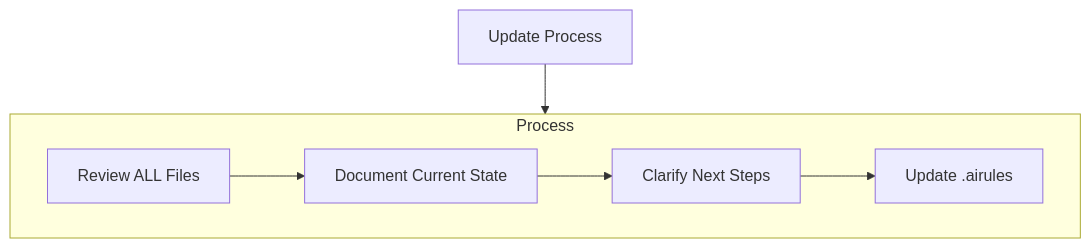
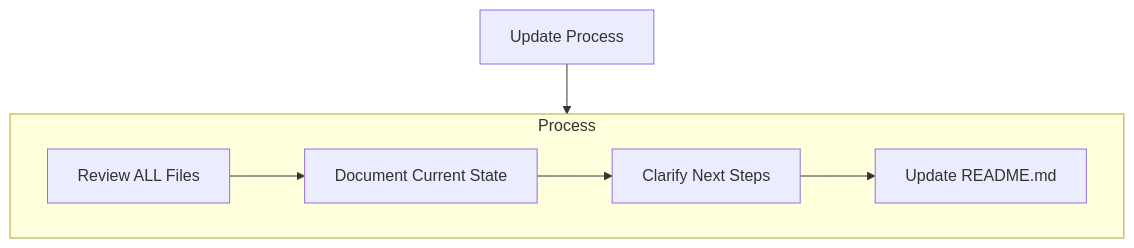
The fourth of 5 diagrams in .memory-bank/memory-bank-rules.md (raainio/raain-model), drawn with Mermaid before and after one commit. The commit also changed other lines of this file and 20 other files, not shown here.

````diff
--- a/.memory-bank/memory-bank-rules.md
+++ b/.memory-bank/memory-bank-rules.md
@@ -111,15 +117,15 @@
 ```mermaid
 flowchart TD
     Start[Update Process]
     
     subgraph Process
         P1[Review ALL Files]
         P2[Document Current State]
         P3[Clarify Next Steps]
-        P4[Update .airules]
+        P4[Update README.md]
         
         P1 --> P2 --> P3 --> P4
     end
     
     Start --> Process
 ```
````
